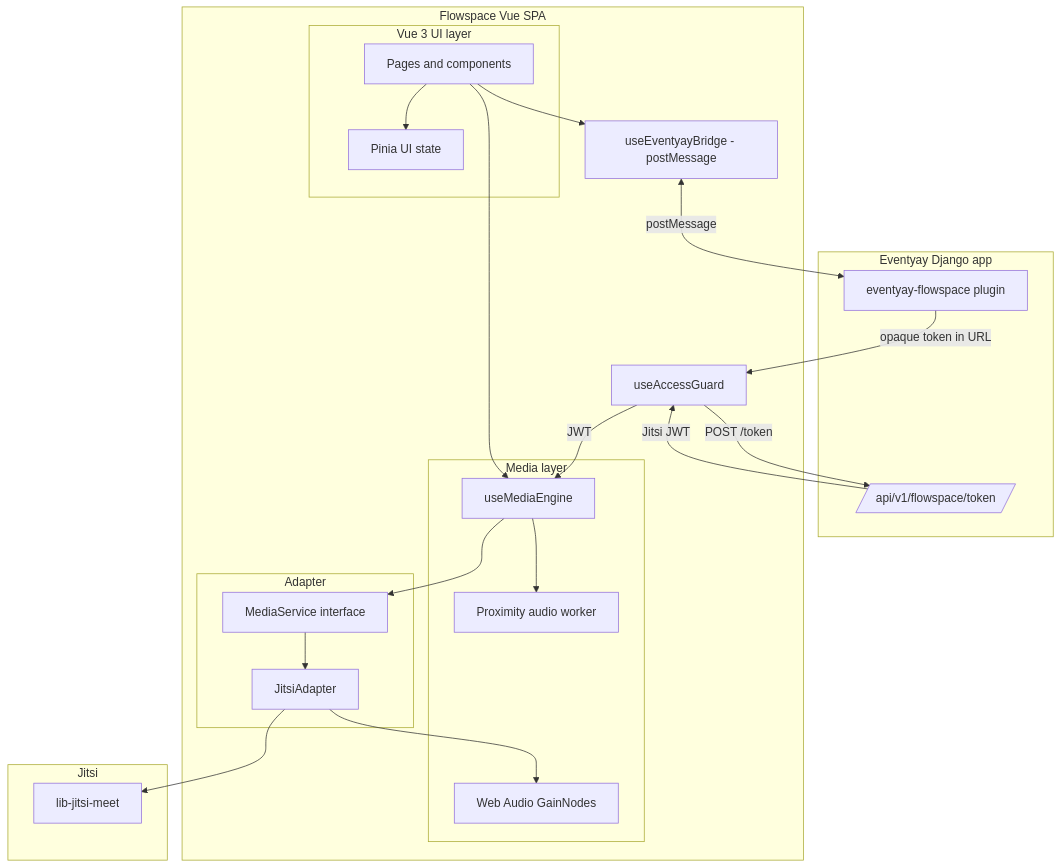
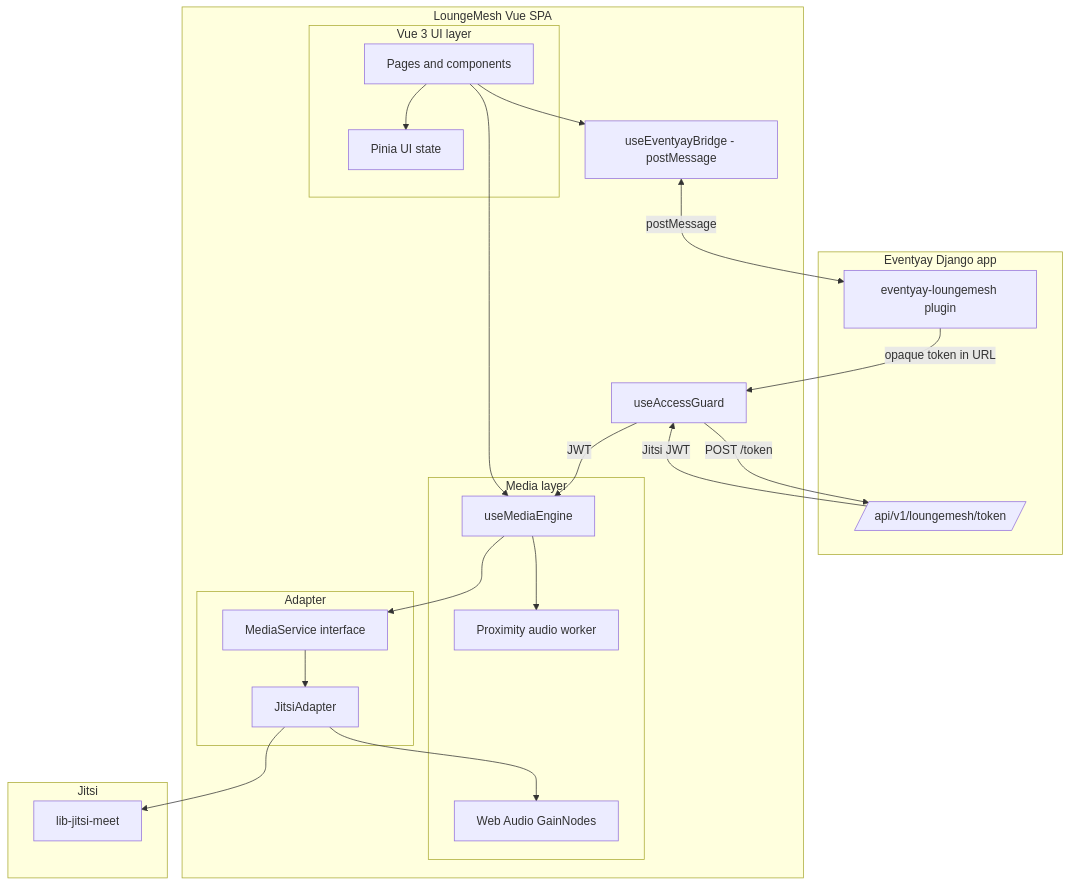
One commit to fossasia/loungemesh changed the diagram in docs-site/architecture.md. Above: the diagram before and after it, drawn with Mermaid. The commit also changed other lines of this file and 63 other files, not shown here.

First line of the commit message:
refactor: rebrand Flowspace to LoungeMesh

````diff
--- a/docs-site/architecture.md
+++ b/docs-site/architecture.md
@@ -3,41 +3,41 @@
 ```mermaid
 flowchart TD
   subgraph eventyay [Eventyay Django app]
-    Plugin[eventyay-flowspace plugin]
-    PluginAPI[/api/v1/flowspace/token/]
+    Plugin[eventyay-loungemesh plugin]
+    PluginAPI[/api/v1/loungemesh/token/]
   end
-  subgraph flowspace [Flowspace Vue SPA]
+  subgraph loungemesh [LoungeMesh Vue SPA]
     subgraph vue [Vue 3 UI layer]
       Pages[Pages and components]
       Stores[Pinia UI state]
     end
     AccessGuard[useAccessGuard]
     Bridge[useEventyayBridge - postMessage]
     subgraph engine [Media layer]
       Composable[useMediaEngine]
       Worker[Proximity audio worker]
       AudioCtx[Web Audio GainNodes]
     end
     subgraph adapter [Adapter]
       MediaService[MediaService interface]
       JitsiAdapter[JitsiAdapter]
     end
   end
   subgraph media [Jitsi]
     LibJitsi[lib-jitsi-meet]
   end
 
   Plugin -->|opaque token in URL| AccessGuard
   AccessGuard -->|POST /token| PluginAPI
   PluginAPI -->|Jitsi JWT| AccessGuard
   AccessGuard -->|JWT| Composable
   Pages --> Stores
   Pages --> Composable
   Pages --> Bridge
   Composable --> MediaService
   MediaService --> JitsiAdapter
   JitsiAdapter --> LibJitsi
   Composable --> Worker
   JitsiAdapter --> AudioCtx
   Bridge <-->|postMessage| Plugin
 ```
````
